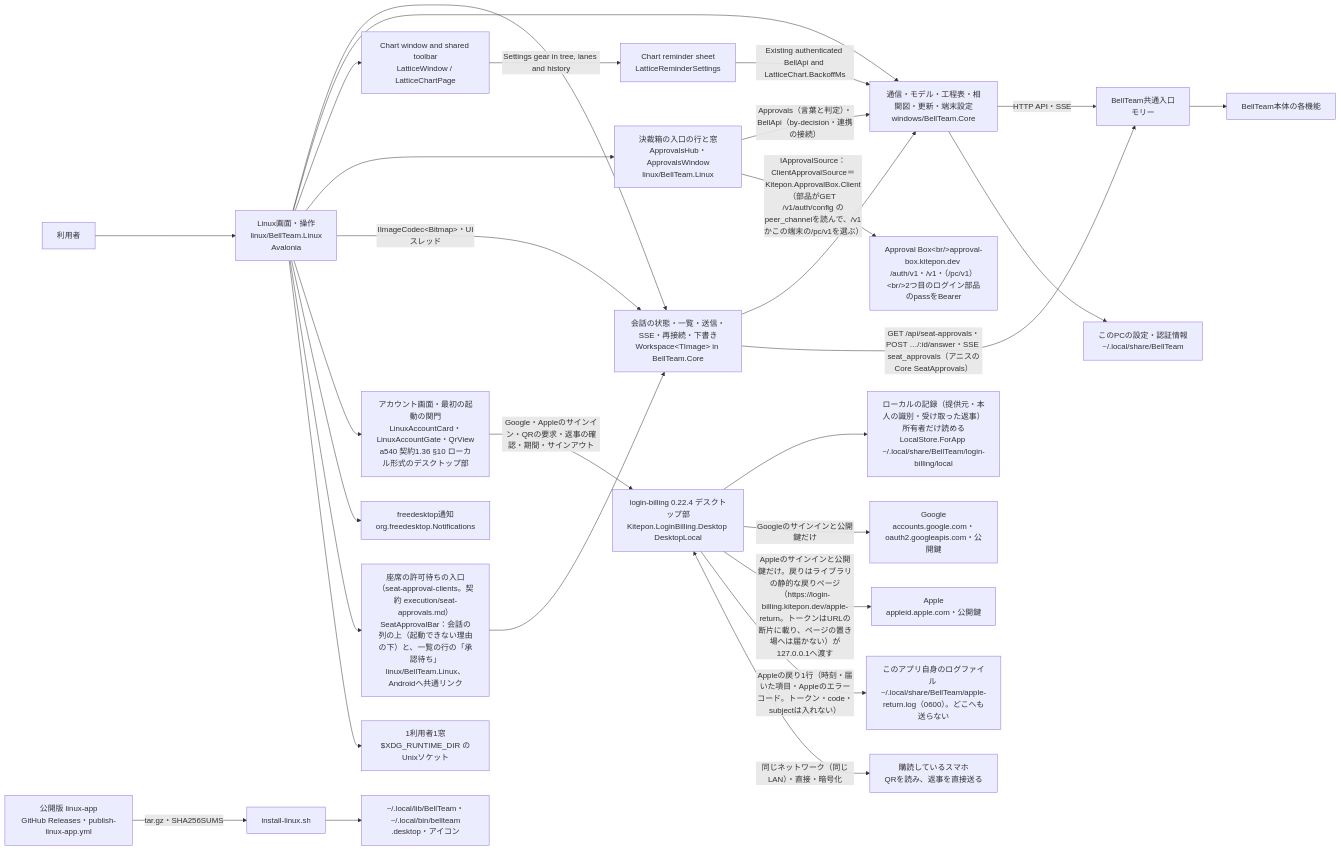
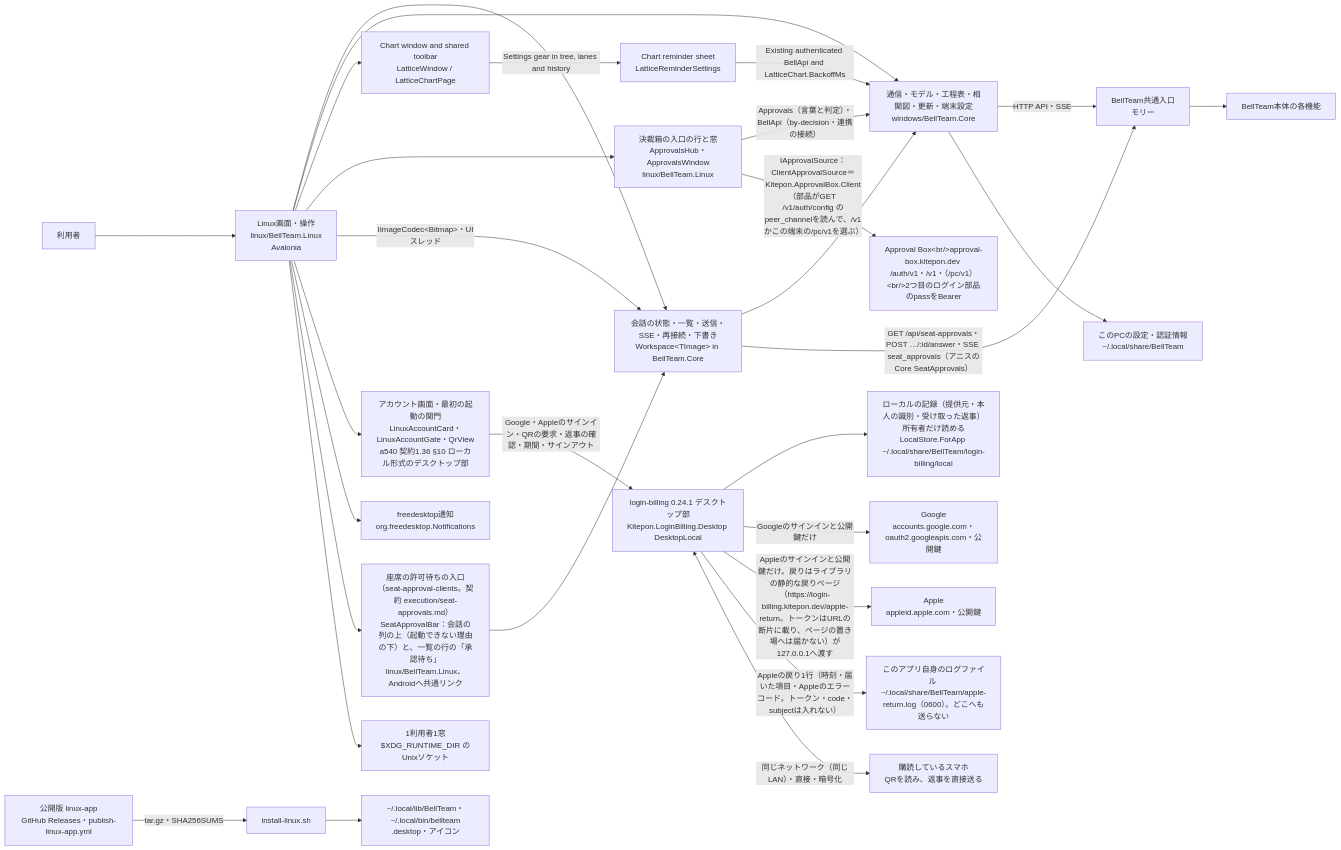
One commit to kitepon/BellTeam changed the first of 3 diagrams in docs/linux-architecture.md. Above: the diagram before and after it, drawn with Mermaid. The commit also changed 8 other files, not shown here.

First line of the commit message:
Pin login-billing 0.24.1 and Approval Box client 0.5.4 on Linux and Android

````diff
--- a/docs/linux-architecture.md
+++ b/docs/linux-architecture.md
@@ -9,31 +9,31 @@
 ```mermaid
 flowchart LR
   user[利用者] --> ui[Linux画面・操作<br/>linux/BellTeam.Linux<br/>Avalonia]
   ui --> ws[会話の状態・一覧・送信・SSE・再接続・下書き<br/>Workspace&lt;TImage&gt; in BellTeam.Core]
   ui --> core[通信・モデル・工程表・相関図・更新・端末設定<br/>windows/BellTeam.Core]
   ui --> chart[Chart window and shared toolbar<br/>LatticeWindow / LatticeChartPage]
   chart -->|Settings gear in tree, lanes and history| reminders[Chart reminder sheet<br/>LatticeReminderSettings]
   reminders -->|Existing authenticated BellApi and LatticeChart.BackoffMs| core
   ui --> abx[決裁箱の入口の行と窓<br/>ApprovalsHub・ApprovalsWindow<br/>linux/BellTeam.Linux]
   abx -->|Approvals（言葉と判定）・BellApi（by-decision・連携の接続）| core
   abx -->|IApprovalSource：ClientApprovalSource＝Kitepon.ApprovalBox.Client（部品がGET /v1/auth/config のpeer_channelを読んで、/v1かこの端末の/pc/v1を選ぶ）| abxsrv[Approval Box&lt;br/&gt;approval-box.kitepon.dev /auth/v1・/v1・（/pc/v1）&lt;br/&gt;2つ目のログイン部品のpassをBearer]
   ws --> core
   ui -->|IImageCodec&lt;Bitmap&gt;・UIスレッド| ws
   core -->|HTTP API・SSE| integration[BellTeam共通入口<br/>モリー]
   core --> local[このPCの設定・認証情報<br/>~/.local/share/BellTeam]
   ui --> account[アカウント画面・最初の起動の関門<br/>LinuxAccountCard・LinuxAccountGate・QrView<br/>a540 契約1.36 §10 ローカル形式のデスクトップ部]
-  account -->|Google・Appleのサインイン・QRの要求・返事の確認・期間・サインアウト| lib[login-billing 0.22.4 デスクトップ部<br/>Kitepon.LoginBilling.Desktop DesktopLocal]
+  account -->|Google・Appleのサインイン・QRの要求・返事の確認・期間・サインアウト| lib[login-billing 0.24.1 デスクトップ部<br/>Kitepon.LoginBilling.Desktop DesktopLocal]
   lib --> pass[ローカルの記録（提供元・本人の識別・受け取った返事）所有者だけ読める<br/>LocalStore.ForApp ~/.local/share/BellTeam/login-billing/local]
   lib -->|Googleのサインインと公開鍵だけ| google[Google<br/>accounts.google.com・oauth2.googleapis.com・公開鍵]
   lib -->|Appleのサインインと公開鍵だけ。戻りはライブラリの静的な戻りページ（https://login-billing.kitepon.dev/apple-return。トークンはURLの断片に載り、ページの置き場へは届かない）が127.0.0.1へ渡す| apple[Apple<br/>appleid.apple.com・公開鍵]
   lib -->|Appleの戻り1行（時刻・届いた項目・Appleのエラーコード。トークン・code・subjectは入れない）| devlog[このアプリ自身のログファイル ~/.local/share/BellTeam/apple-return.log（0600）。どこへも送らない]
   lib <-->|同じネットワーク（同じLAN）・直接・暗号化| phone[購読しているスマホ<br/>QRを読み、返事を直接送る]
   ui --> notify[freedesktop通知<br/>org.freedesktop.Notifications]
   ui --> seat[座席の許可待ちの入口（seat-approval-clients。契約 execution/seat-approvals.md）<br/>SeatApprovalBar：会話の列の上（起動できない理由の下）と、一覧の行の「承認待ち」<br/>linux/BellTeam.Linux、Androidへ共通リンク]
   seat --> ws
   ws -->|"GET /api/seat-approvals・POST …/:id/answer・SSE seat_approvals（アニスのCore SeatApprovals）"| integration
   ui --> single[1利用者1窓<br/>$XDG_RUNTIME_DIR のUnixソケット]
   release[公開版 linux-app<br/>GitHub Releases・publish-linux-app.yml] -->|tar.gz・SHA256SUMS| install[install-linux.sh]
   install --> files[~/.local/lib/BellTeam・~/.local/bin/bellteam<br/>.desktop・アイコン]
   integration --> server[BellTeam本体の各機能]
 ```
````
